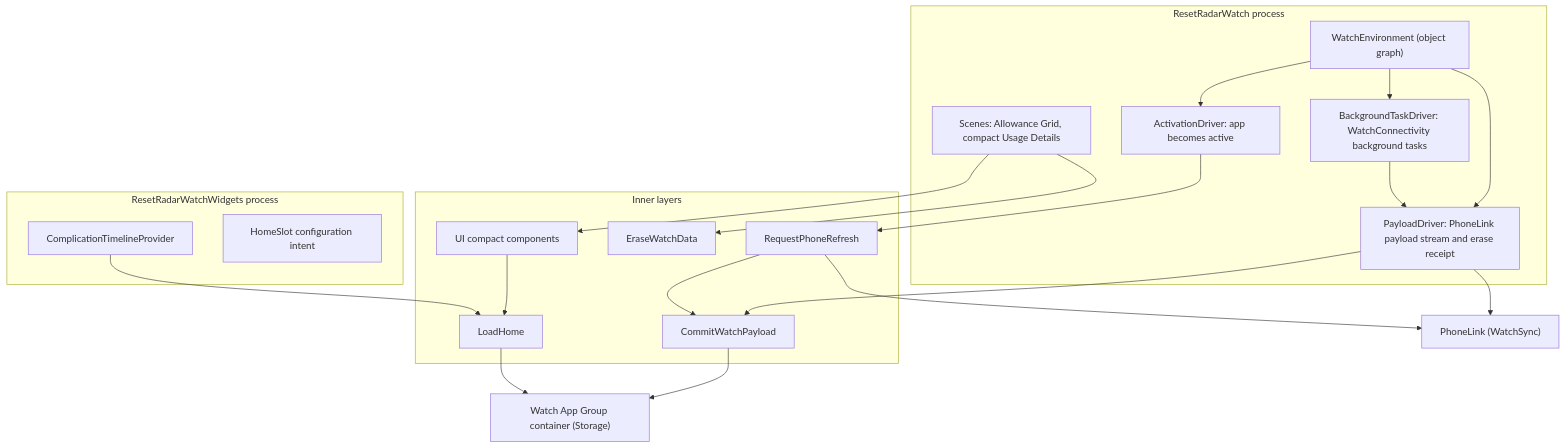
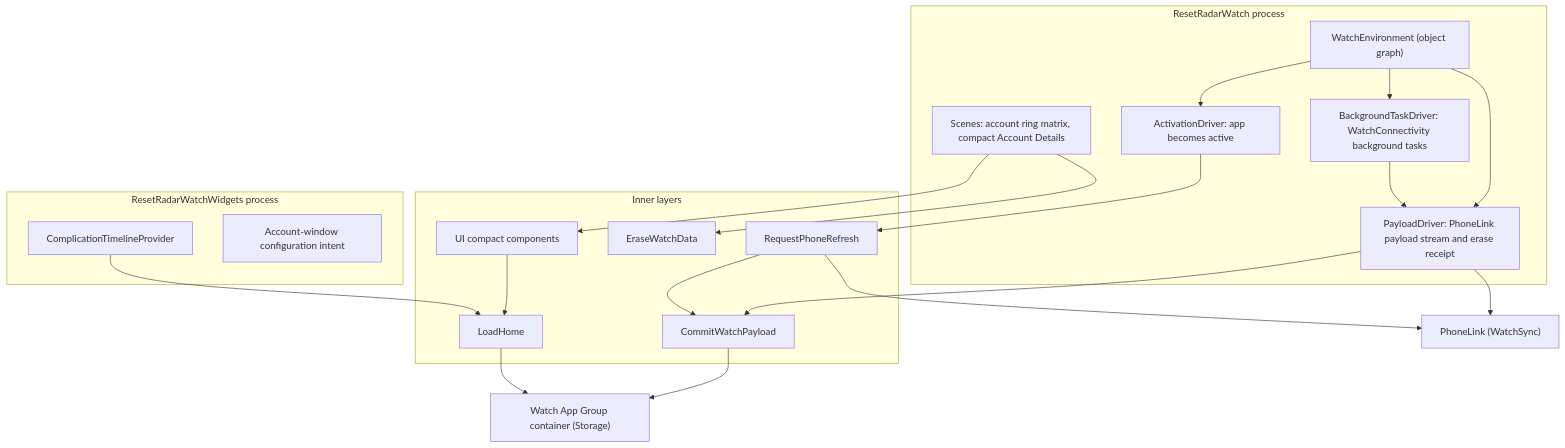
The diagram in docs/architecture/watch-app.md (pastry-personal5/reset-radar), drawn with Mermaid before and after one commit. The commit also changed other lines of this file and 28 other files, not shown here.

````diff
--- a/docs/architecture/watch-app.md
+++ b/docs/architecture/watch-app.md
@@ -23,38 +23,38 @@
 ```mermaid
 flowchart TB
   subgraph AppProcess["ResetRadarWatch process"]
     WatchEnvironment["WatchEnvironment (object graph)"]
     PayloadDriver["PayloadDriver: PhoneLink payload stream and erase receipt"]
     BackgroundTaskDriver["BackgroundTaskDriver: WatchConnectivity background tasks"]
     ActivationDriver["ActivationDriver: app becomes active"]
-    WatchScenes["Scenes: Allowance Grid, compact Usage Details"]
+    WatchScenes["Scenes: account ring matrix, compact Account Details"]
   end
   subgraph ComplicationProcess["ResetRadarWatchWidgets process"]
     ComplicationTimelineProvider
-    ComplicationSlotIntent["HomeSlot configuration intent"]
+    ComplicationSlotIntent["Account-window configuration intent"]
   end
   subgraph Inner["Inner layers"]
     CommitWatchPayload
     RequestPhoneRefresh
     EraseWatchData
     LoadHome
     UIModule["UI compact components"]
   end
   WatchAppGroup["Watch App Group container (Storage)"]
   PhoneLinkAdapter["PhoneLink (WatchSync)"]
   WatchEnvironment --> PayloadDriver
   WatchEnvironment --> BackgroundTaskDriver
   WatchEnvironment --> ActivationDriver
   PayloadDriver --> CommitWatchPayload
   BackgroundTaskDriver --> PayloadDriver
   ActivationDriver --> RequestPhoneRefresh
   RequestPhoneRefresh --> PhoneLinkAdapter
   RequestPhoneRefresh --> CommitWatchPayload
   WatchScenes --> EraseWatchData
   PayloadDriver --> PhoneLinkAdapter
   CommitWatchPayload --> WatchAppGroup
   WatchScenes --> UIModule
   UIModule --> LoadHome
   ComplicationTimelineProvider --> LoadHome
   LoadHome --> WatchAppGroup
 ```
````
